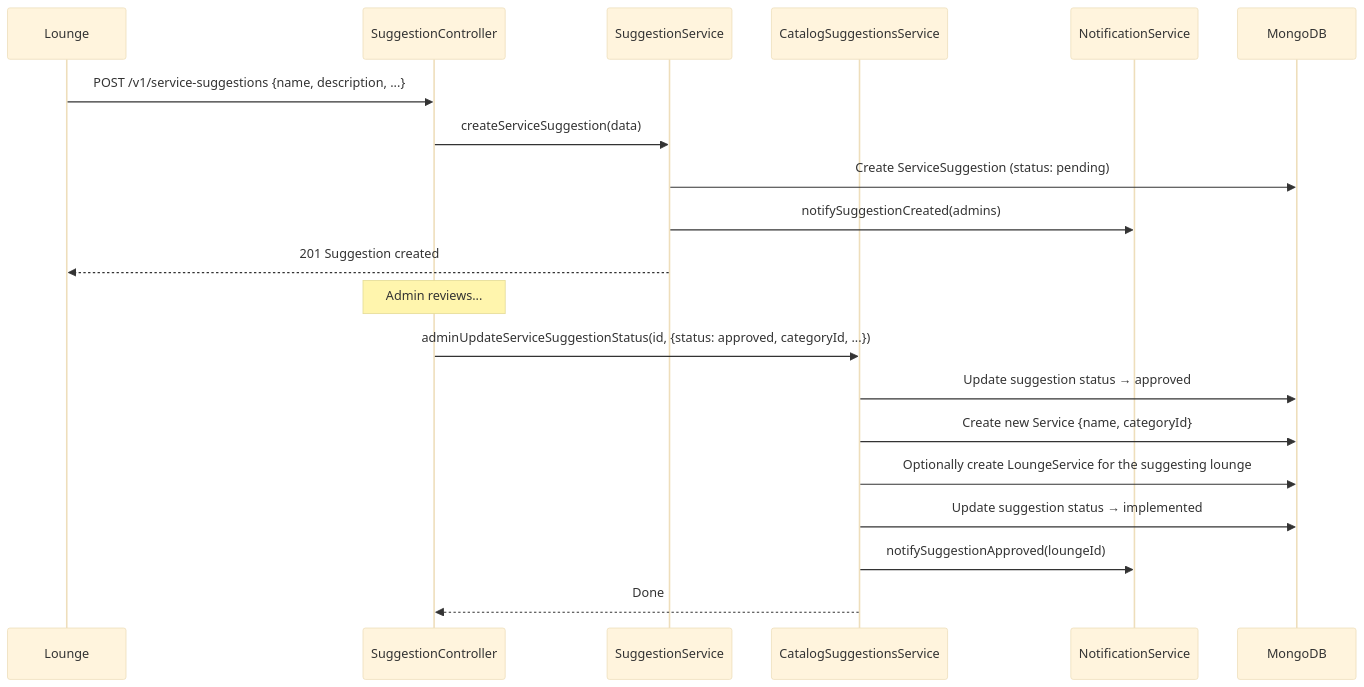
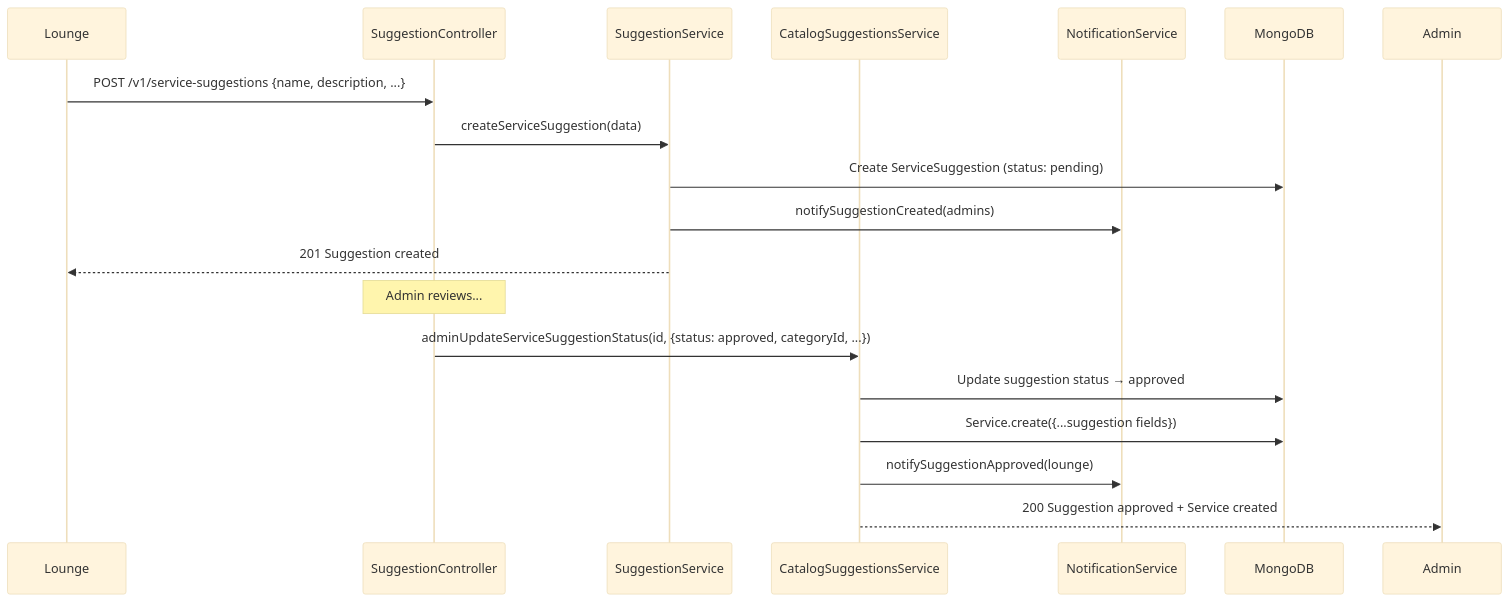
The eighth of 11 diagrams in src/systems/ServiceCatalogSystem/README.md (Frame-Ecosystem/Frame-Backend), drawn with Mermaid (base theme) before and after one commit. The commit also changed other lines of this file and 57 other files, not shown here.

````diff
--- a/src/systems/ServiceCatalogSystem/README.md
+++ b/src/systems/ServiceCatalogSystem/README.md
@@ -398,25 +398,23 @@
 ```mermaid
 sequenceDiagram
     participant L as Lounge
     participant API as SuggestionController
     participant SS as SuggestionService
     participant AS as CatalogSuggestionsService
     participant NS as NotificationService
     participant DB as MongoDB
 
     L->>API: POST /v1/service-suggestions {name, description, ...}
     API->>SS: createServiceSuggestion(data)
     SS->>DB: Create ServiceSuggestion (status: pending)
     SS->>NS: notifySuggestionCreated(admins)
     SS-->>L: 201 Suggestion created
 
     Note over API: Admin reviews...
 
     API->>AS: adminUpdateServiceSuggestionStatus(id, {status: approved, categoryId, ...})
     AS->>DB: Update suggestion status → approved
-    AS->>DB: Create new Service {name, categoryId}
-    AS->>DB: Optionally create LoungeService for the suggesting lounge
-    AS->>DB: Update suggestion status → implemented
-    AS->>NS: notifySuggestionApproved(loungeId)
-    AS-->>API: Done
+    AS->>DB: Service.create({...suggestion fields})
+    AS->>NS: notifySuggestionApproved(lounge)
+    AS-->>Admin: 200 Suggestion approved + Service created
 ```
````
